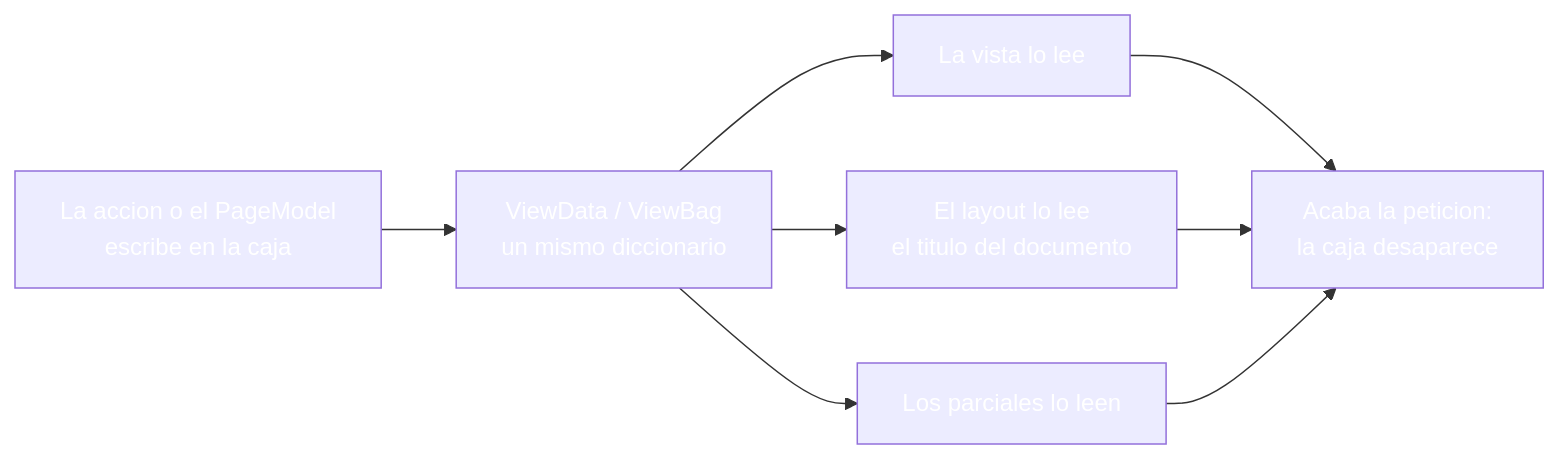
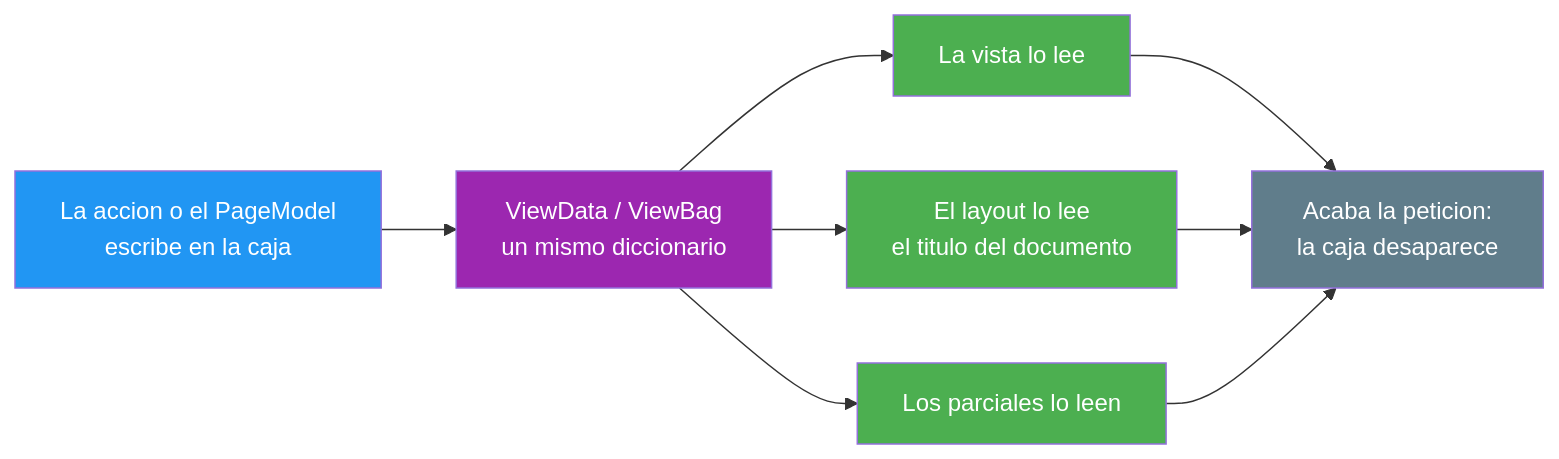
The second of 4 diagrams in 17-estado-app.md (joseluisgs/DesarrolloWebEntornosServidor-03-2026-2027), drawn with Mermaid before and after one commit. The commit also changed other lines of this file and 25 other files, not shown here.

Commit message:
docs: corregir los estilos Mermaid de los temas y alinear el dominio del tema 25 con ProductosApp

````diff
--- a/17-estado-app.md
+++ b/17-estado-app.md
@@ -114,16 +114,16 @@
 ```mermaid
 graph LR
     H["La accion o el PageModel<br/>escribe en la caja"] --> D["ViewData / ViewBag<br/>un mismo diccionario"]
     D --> V["La vista lo lee"]
     D --> L["El layout lo lee<br/>el titulo del documento"]
     D --> P["Los parciales lo leen"]
     V --> F["Acaba la peticion:<br/>la caja desaparece"]
     L --> F
     P --> F
-    style H fill:#2196F,color:#fff3,color:#fff
-    style D fill:#9C27B,color:#fff0,color:#fff
-    style V fill:#4CAF5,color:#fff0,color:#fff
-    style L fill:#4CAF5,color:#fff0,color:#fff
-    style P fill:#4CAF5,color:#fff0,color:#fff
-    style F fill:#607D8,color:#fffB,color:#fff
+    style H fill:#2196F3,color:#fff
+    style D fill:#9C27B0,color:#fff
+    style V fill:#4CAF50,color:#fff
+    style L fill:#4CAF50,color:#fff
+    style P fill:#4CAF50,color:#fff
+    style F fill:#607D8B,color:#fff
 ```
````
